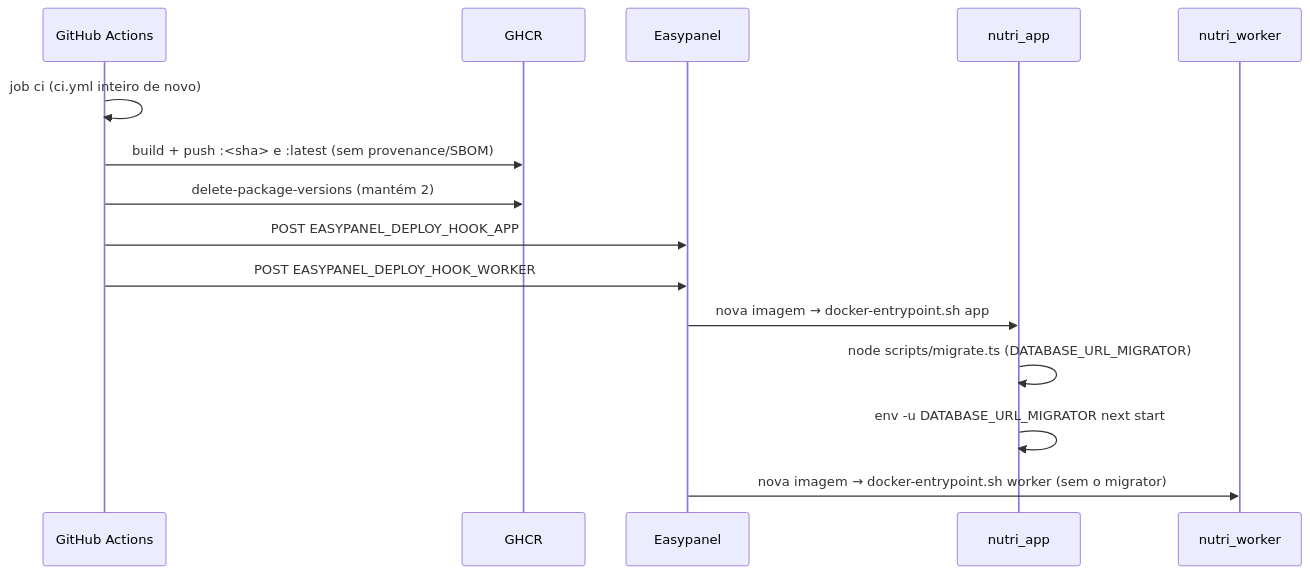
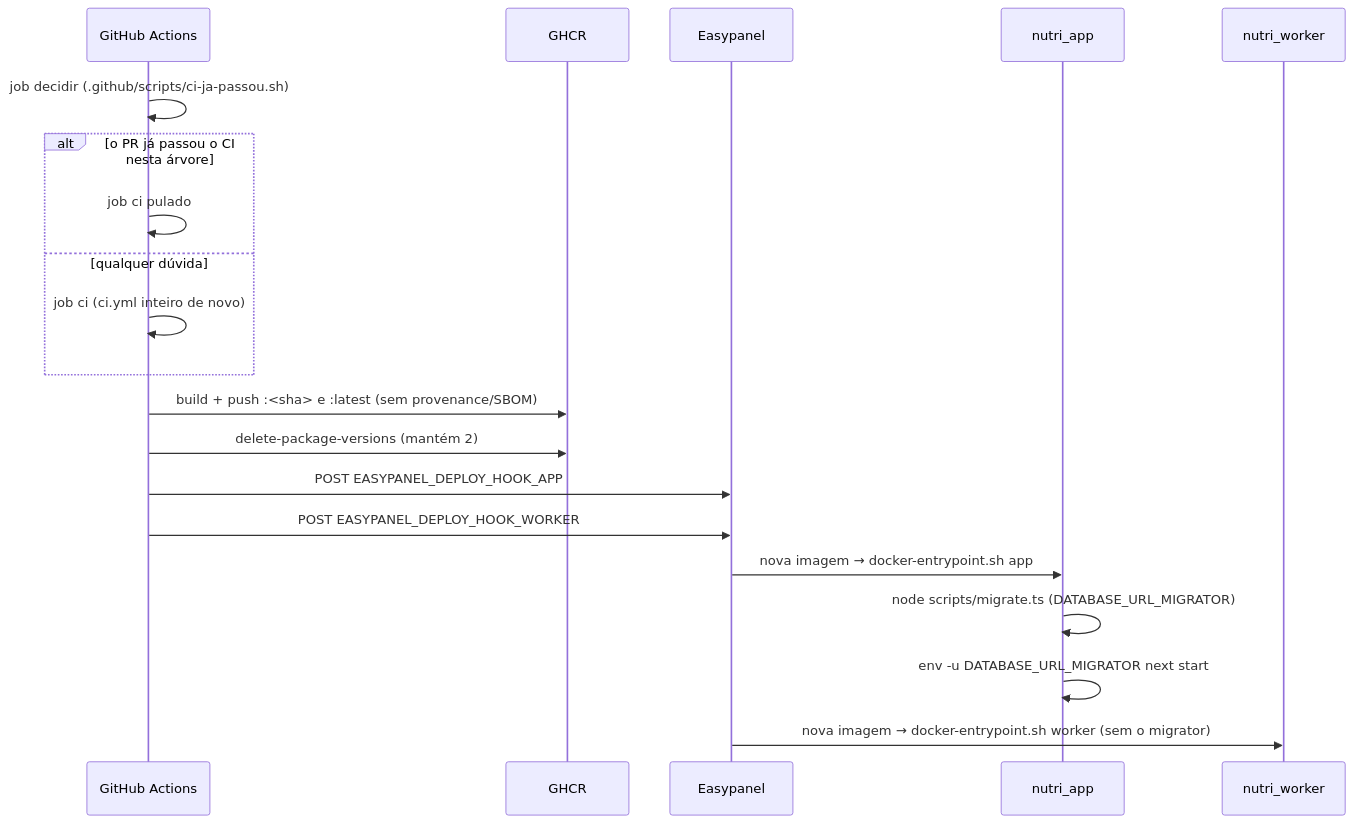
The third of 5 diagrams in docs/manual-tecnico/07-testes-qualidade-e-processo.md (fabianojp06/nutridebby), drawn with Mermaid before and after one commit. The commit also changed other lines of this file and 6 other files, not shown here.

First line of the commit message:
ci(deploy): não repete o CI que o PR já passou na mesma árvore

````diff
--- a/docs/manual-tecnico/07-testes-qualidade-e-processo.md
+++ b/docs/manual-tecnico/07-testes-qualidade-e-processo.md
@@ -513,17 +513,22 @@
 ```mermaid
 sequenceDiagram
   participant GH as GitHub Actions
   participant R as GHCR
   participant EP as Easypanel
   participant APP as nutri_app
   participant W as nutri_worker
-  GH->>GH: job ci (ci.yml inteiro de novo)
+  GH->>GH: job decidir (.github/scripts/ci-ja-passou.sh)
+  alt o PR já passou o CI nesta árvore
+    GH->>GH: job ci pulado
+  else qualquer dúvida
+    GH->>GH: job ci (ci.yml inteiro de novo)
+  end
   GH->>R: build + push :<sha> e :latest (sem provenance/SBOM)
   GH->>R: delete-package-versions (mantém 2)
   GH->>EP: POST EASYPANEL_DEPLOY_HOOK_APP
   GH->>EP: POST EASYPANEL_DEPLOY_HOOK_WORKER
   EP->>APP: nova imagem → docker-entrypoint.sh app
   APP->>APP: node scripts/migrate.ts (DATABASE_URL_MIGRATOR)
   APP->>APP: env -u DATABASE_URL_MIGRATOR next start
   EP->>W: nova imagem → docker-entrypoint.sh worker (sem o migrator)
 ```
````
